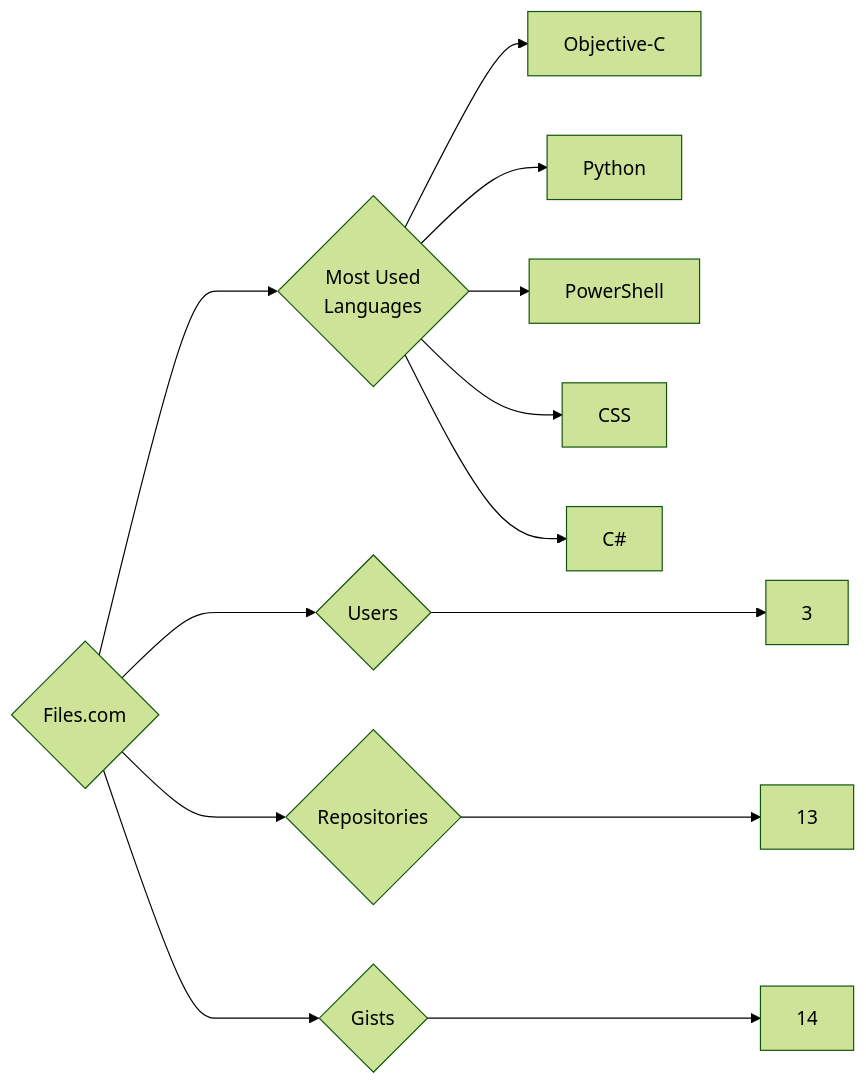
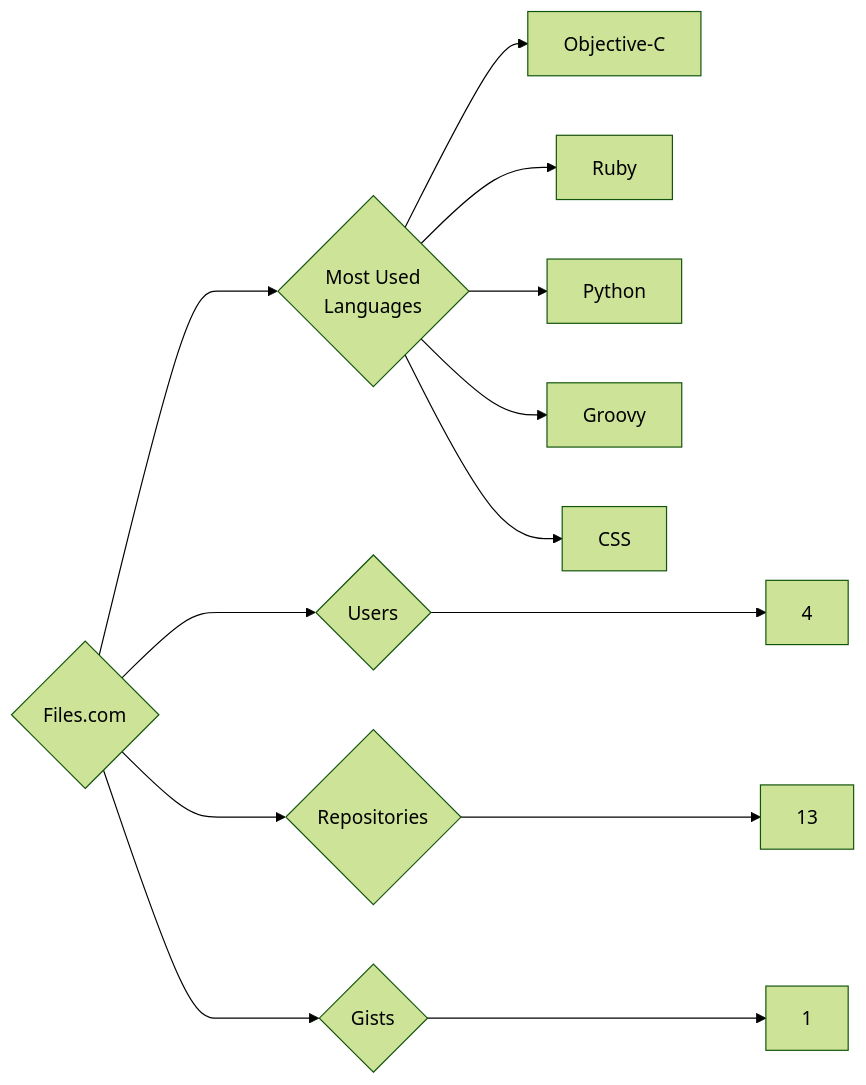
One commit to trickest/insiders changed the diagram in targets/Files.com/README.md. Above: the diagram before and after it, drawn with Mermaid (forest theme). The commit also changed 1149 other files, not shown here.

````diff
--- a/targets/Files.com/README.md
+++ b/targets/Files.com/README.md
@@ -3,13 +3,13 @@
 ```mermaid
 graph LR
 COMPANY_NAME{Files.com}
-COMPANY_NAME ---> U{Users} ---> UN[3]
+COMPANY_NAME ---> U{Users} ---> UN[4]
 COMPANY_NAME ---> R{Repositories} ---> RN[13]
-COMPANY_NAME ---> G{Gists} ---> GN[14]
+COMPANY_NAME ---> G{Gists} ---> GN[1]
 COMPANY_NAME ---> ML{Most Used<br>Languages}
 ML --> Objective-C[Objective-C]
+ML --> Ruby[Ruby]
 ML --> Python[Python]
-ML --> PowerShell[PowerShell]
+ML --> Groovy[Groovy]
 ML --> CSS[CSS]
-ML --> C#[C#]
 ```
````
